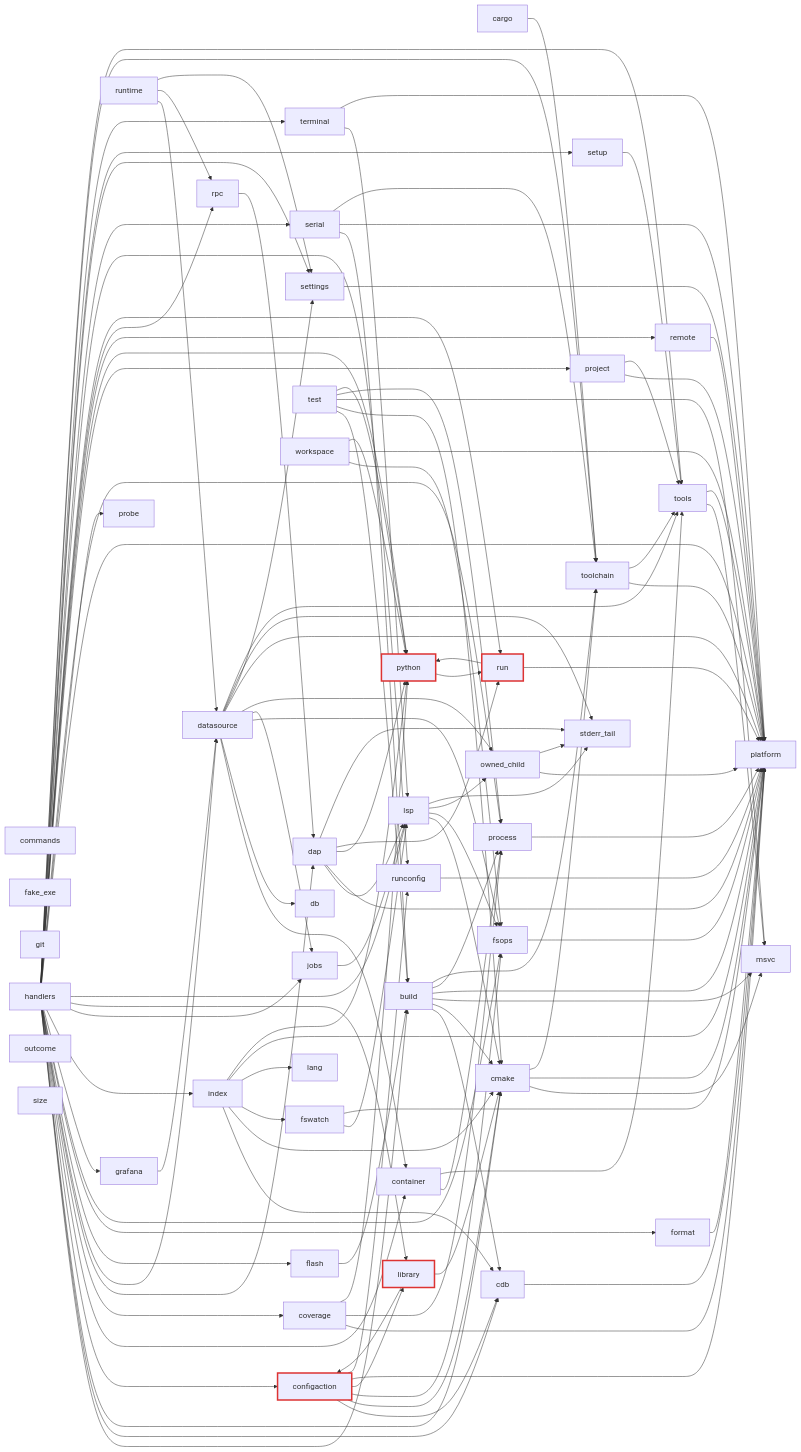
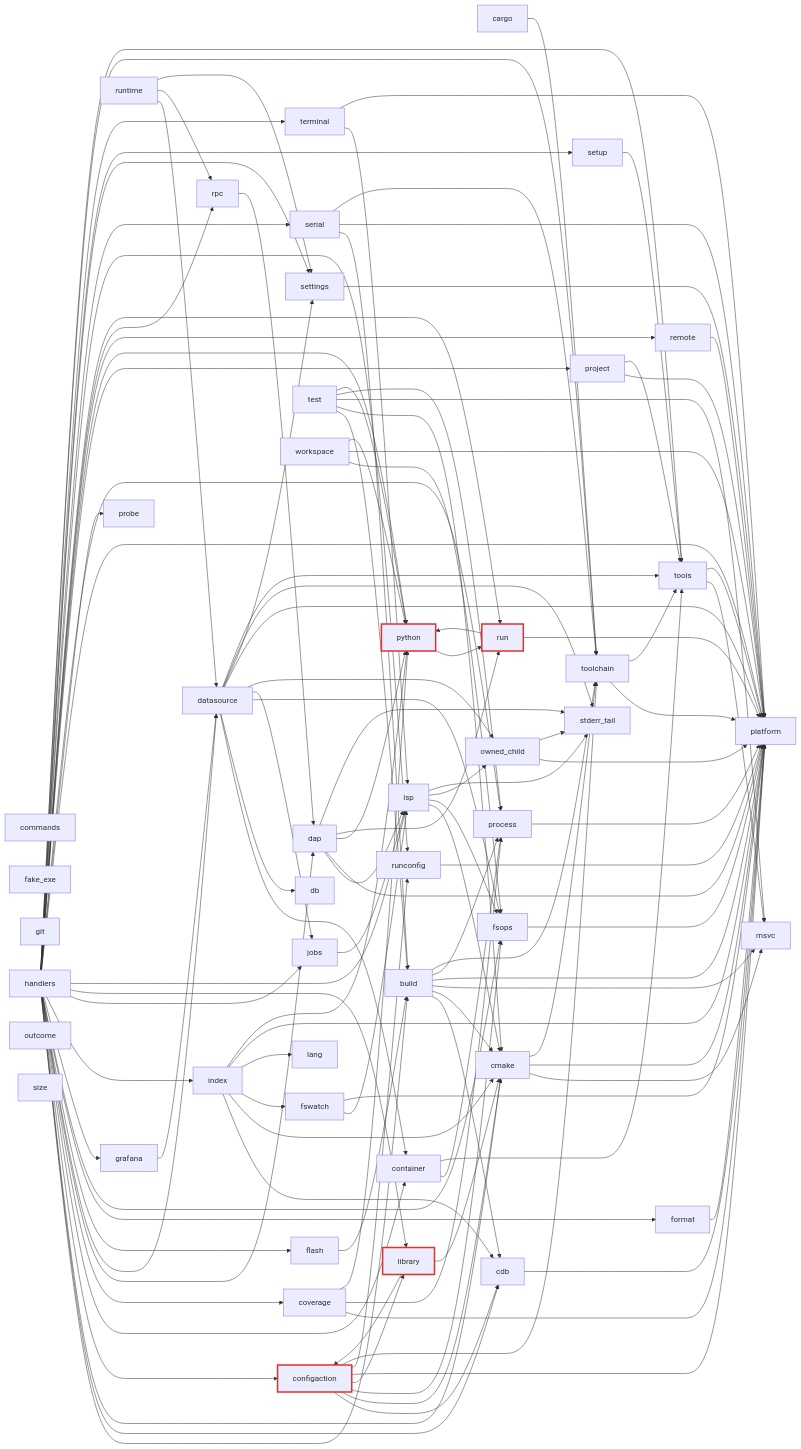
One commit to ViktorWalde/KineinVectis changed the third of 16 diagrams in DocsPublic/arquitetura/01-mapa-de-modulos.md. Above: the diagram before and after it, drawn with Mermaid. The commit also changed other lines of this file and 25 other files, not shown here.

```diff
--- a/DocsPublic/arquitetura/01-mapa-de-modulos.md
+++ b/DocsPublic/arquitetura/01-mapa-de-modulos.md
@@ -157,6 +157,7 @@
   n_core_configaction --> n_core_library
   n_core_configaction --> n_core_platform
   n_core_configaction --> n_core_runconfig
+  n_core_configaction --> n_core_toolchain
   n_core_container --> n_core_process
   n_core_container --> n_core_tools
   n_core_coverage --> n_core_platform
```
